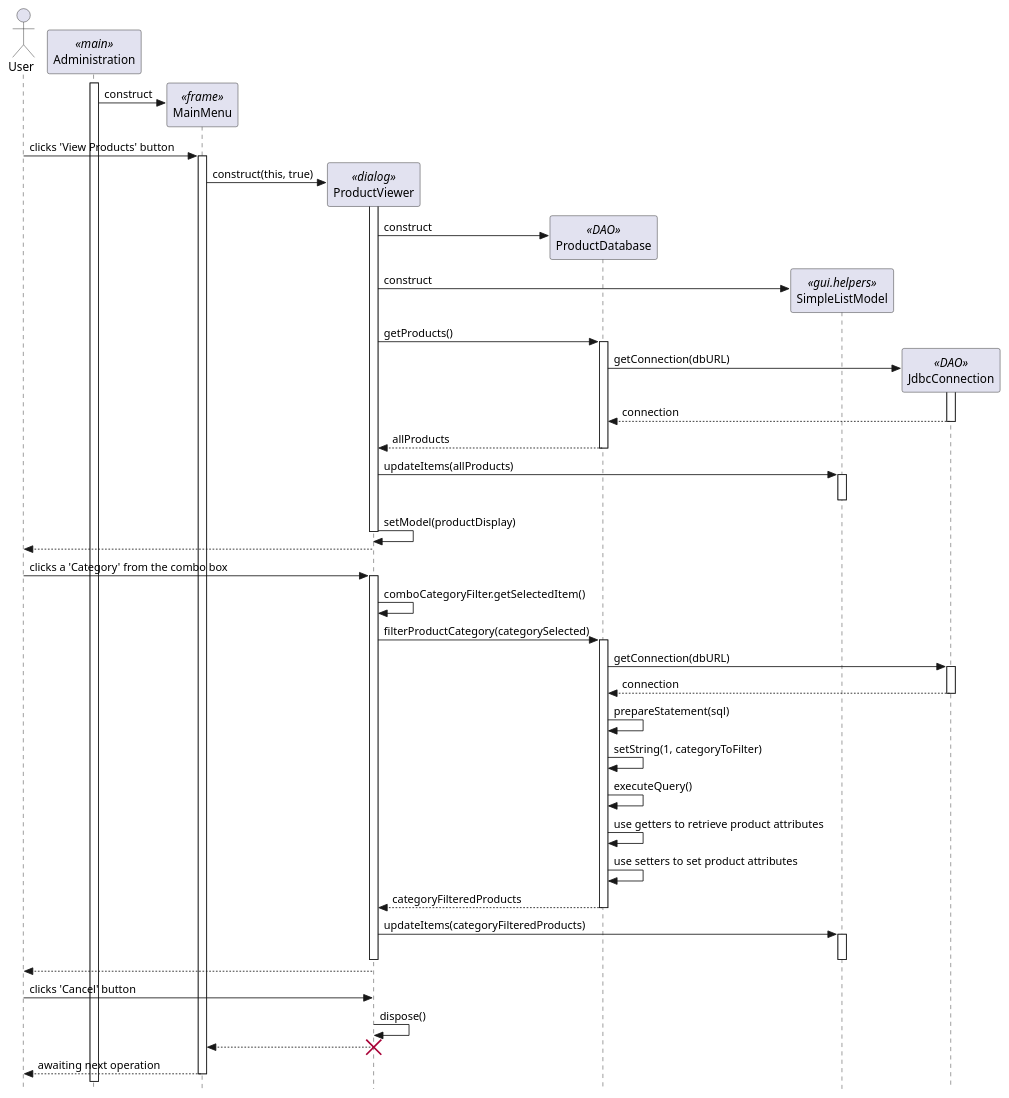
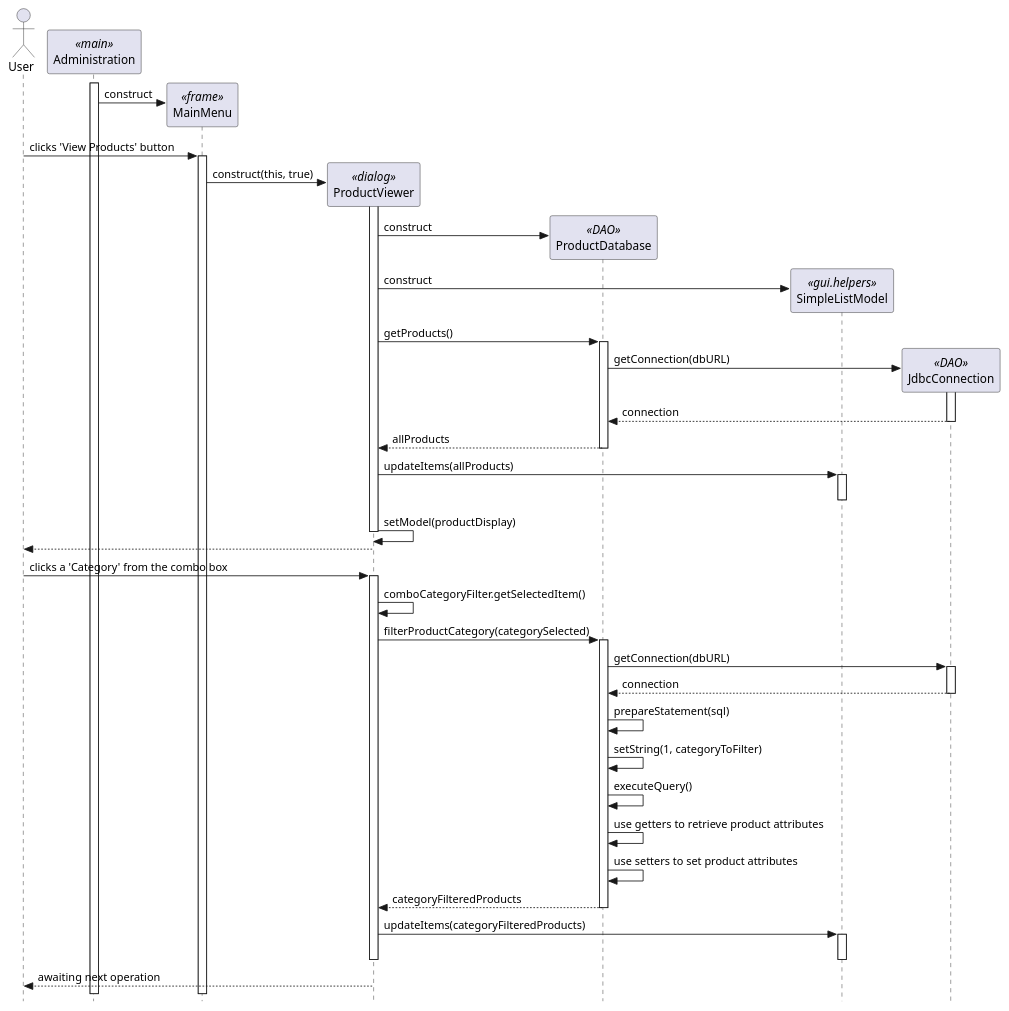
The diagram in sequenceDiagrams/filterProductByCategory.puml (nikolahmcwin/shoppingSystem-info202), drawn with PlantUML before and after one commit. The commit also changed 1 other file, not shown here.

Commit message:
Implemented search by id use case diagram. References #10

```diff
--- a/sequenceDiagrams/filterProductByCategory.puml
+++ b/sequenceDiagrams/filterProductByCategory.puml
@@ -1,96 +1,88 @@
 @startuml
 
 ' use strict UML mode
 skinparam style strictuml
 
 ' create actor user
 actor "User" as user
 
 ' create main adminstration 
 participant "Administration" as main <<main>>
 main++
 
 ' create main menu frame
 create "MainMenu" as menu <<frame>>
 main -> menu : construct
 
 user -> menu++ : clicks 'View Products' button
 
 ' create product viewer dialog
 create "ProductViewer" as viewer <<dialog>>
 menu -> viewer :  construct(this, true)
 
 viewer++
 
 ' create a DAO
 create "ProductDatabase" as dao <<DAO>>
 viewer -> dao : construct 
 
 ' create the simple model list
 create "SimpleListModel" as modellist <<gui.helpers>>
 viewer -> modellist : construct
 
 
 
 ' get the products from dao database
 viewer -> dao++ : getProducts()
 'dao -> dao : JdbcConnection.getConnection(dbURL)
 'dao -> dao : dbCon.prepareStatement(sql);
 'dao -> dao : stmt.executeQuery()
 
 create "JdbcConnection" as jdbc <<DAO>>
 dao -> jdbc++ : getConnection(dbURL)
 jdbc --> dao : connection
 jdbc--
 
 dao --> viewer : allProducts
 dao--
 
 ' put products in Simple List Model
 viewer -> modellist++ : updateItems(allProducts)
 modellist--
 
 ' update list to display products
 viewer -> viewer : setModel(productDisplay)
 viewer--
 
 viewer --> user
 
 ' Pull out selected product to edit
 user -> viewer++ : clicks a 'Category' from the combo box
 
 viewer -> viewer : comboCategoryFilter.getSelectedItem()
 viewer -> dao++ : filterProductCategory(categorySelected)
 
 dao -> jdbc++ : getConnection(dbURL)
 jdbc--> dao : connection
 jdbc--
 
 dao -> dao : prepareStatement(sql)
 dao -> dao : setString(1, categoryToFilter)
 dao -> dao : executeQuery()
 
 dao -> dao : use getters to retrieve product attributes
 dao -> dao : use setters to set product attributes
 dao --> viewer : categoryFilteredProducts
 
 dao--
 
 
 ' put products in Simple List Model
 viewer -> modellist++ : updateItems(categoryFilteredProducts)
 modellist--
 viewer-- 
 
-viewer --> user
-user-> viewer : clicks 'Cancel' button
-viewer -> viewer : dispose()
-
-' show control returning to menu as viewer closes
-viewer --> menu 
-destroy viewer
-
-menu --> user-- : awaiting next operation
+viewer --> user : awaiting next operation
 
 
 @enduml
```
